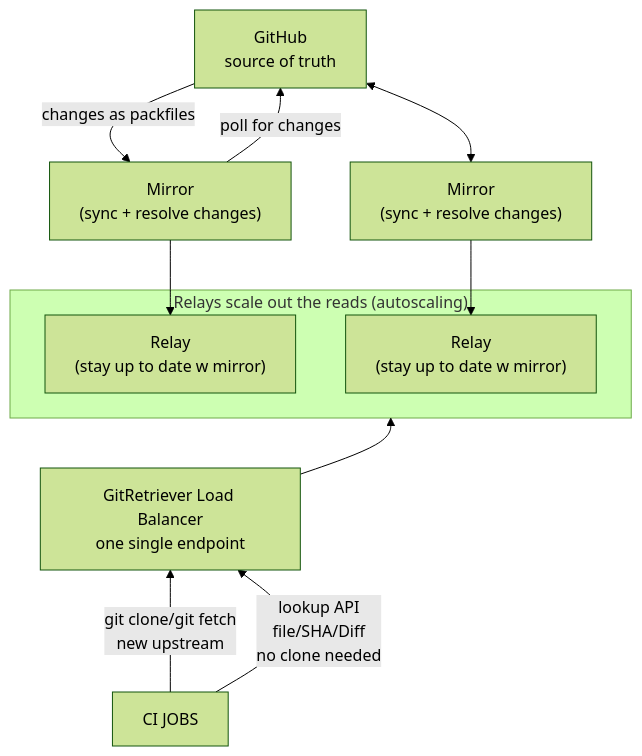
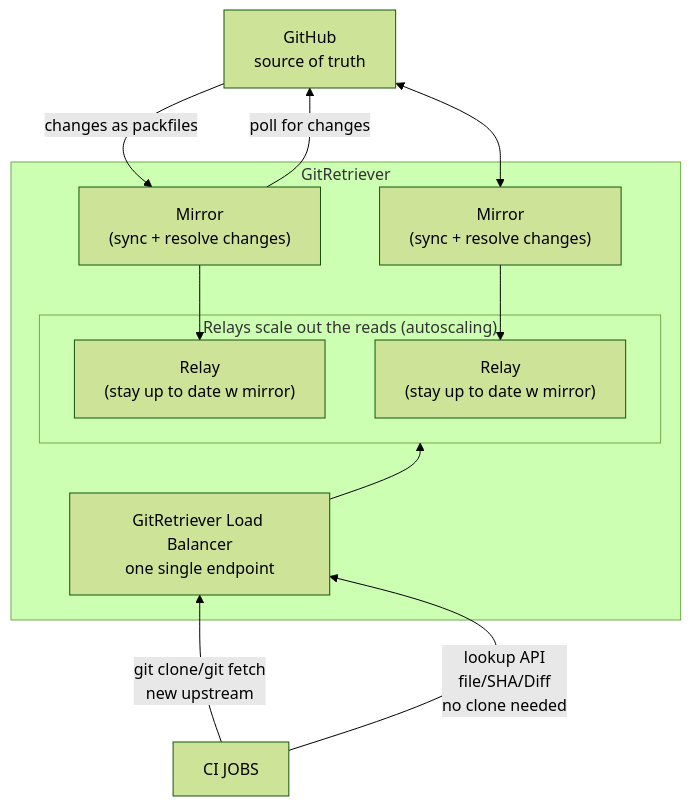
Before and after one commit to wiggitywhitney/board-notes: the second of 3 diagrams in datadog-illuminated/12-rebuilding-cis-git-serving-for-the-ai-coding-era/notes.md, drawn with Mermaid (forest theme).

Commit message:
fix: group GitRetriever components in architecture diagram

````diff
--- a/datadog-illuminated/12-rebuilding-cis-git-serving-for-the-ai-coding-era/notes.md
+++ b/datadog-illuminated/12-rebuilding-cis-git-serving-for-the-ai-coding-era/notes.md
@@ -34,23 +34,25 @@
 ```mermaid
 flowchart TB
     GitHub["GitHub<br/>source of truth"]
-    Mirror1["Mirror<br/>(sync + resolve changes)"]
-    Mirror2["Mirror<br/>(sync + resolve changes)"]
-    subgraph Relays["Relays scale out the reads (autoscaling)"]
-        Relay1["Relay<br/>(stay up to date w mirror)"]
-        Relay2["Relay<br/>(stay up to date w mirror)"]
+    subgraph GitRetriever["GitRetriever"]
+        Mirror1["Mirror<br/>(sync + resolve changes)"]
+        Mirror2["Mirror<br/>(sync + resolve changes)"]
+        subgraph Relays["Relays scale out the reads (autoscaling)"]
+            Relay1["Relay<br/>(stay up to date w mirror)"]
+            Relay2["Relay<br/>(stay up to date w mirror)"]
+        end
+        LB["GitRetriever Load Balancer<br/>one single endpoint"]
     end
-    LB["GitRetriever Load Balancer<br/>one single endpoint"]
     CI["CI JOBS"]
 
     GitHub -- changes as packfiles --> Mirror1
     Mirror1 -- poll for changes --> GitHub
     GitHub <--> Mirror2
     Mirror1 --> Relay1
     Mirror2 --> Relay2
     Relays ~~~ LB
     LB ~~~ CI
     LB --> Relays
     CI -- "git clone/git fetch<br/>new upstream" --> LB
     CI -- "lookup API<br/>file/SHA/Diff<br/>no clone needed" --> LB
 ```
````
